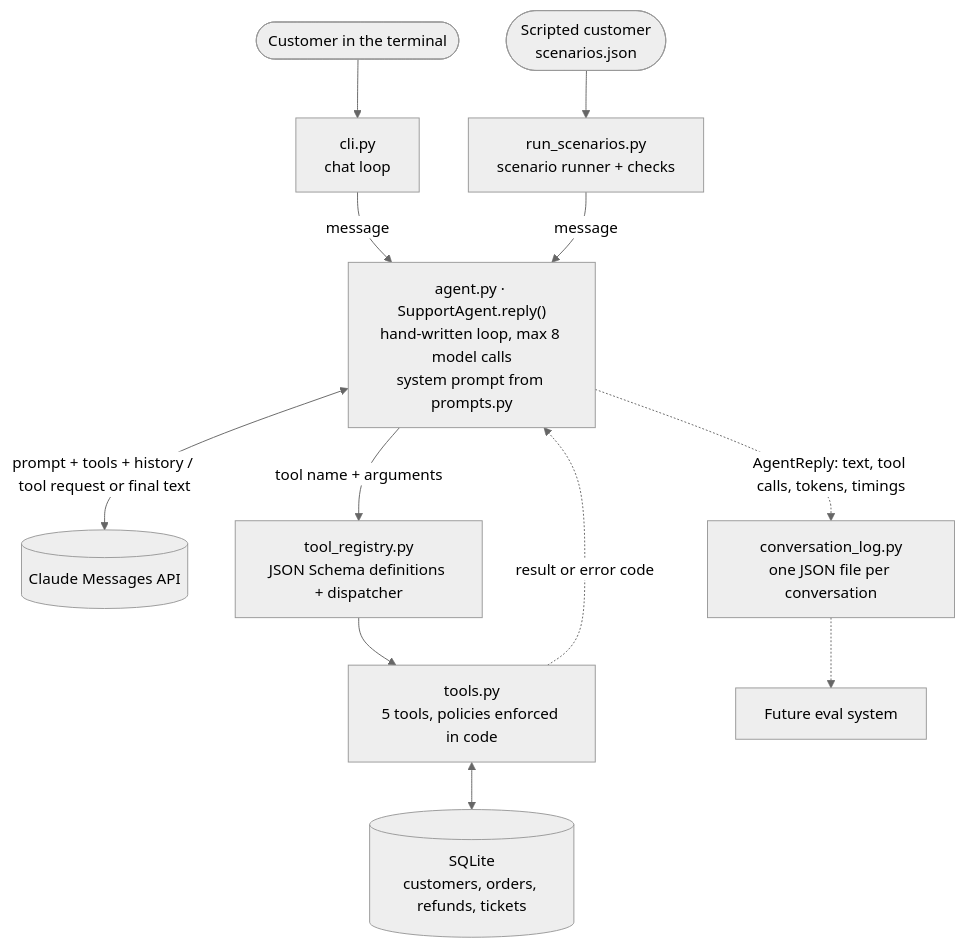
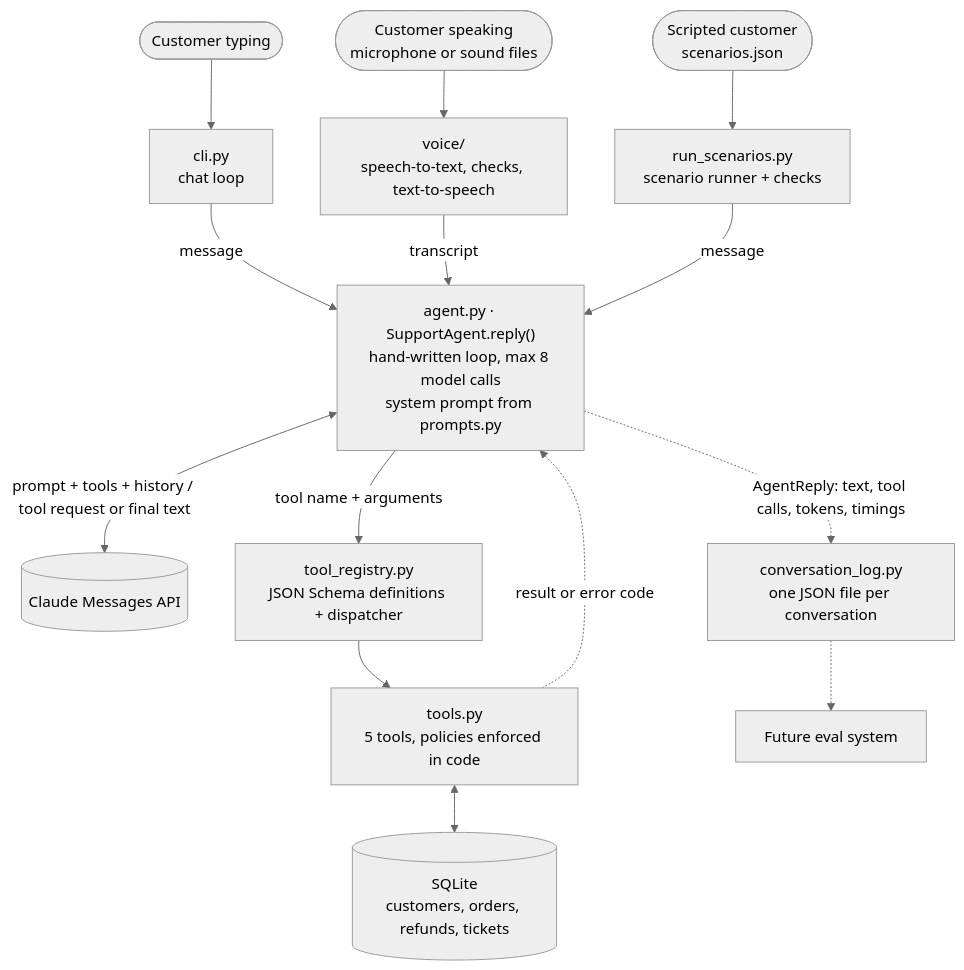
Before and after one commit to yuurakachi/multilingual-support-agent: the first of 3 diagrams in README.md, drawn with Mermaid (neutral theme). The commit also changed other lines of this file and 1 other file, not shown here.

First line of the commit message:
docs: final README for the voice channel

````diff
--- a/README.md
+++ b/README.md
@@ -32,26 +37,30 @@
 ```mermaid
 flowchart TD
-    customer(["Customer in the terminal"])
+    customer(["Customer typing"])
+    caller(["Customer speaking<br/>microphone or sound files"])
     scripted(["Scripted customer<br/>scenarios.json"])
     cli["cli.py<br/>chat loop"]
+    voice["voice/<br/>speech-to-text, checks, text-to-speech"]
     runner["run_scenarios.py<br/>scenario runner + checks"]
     agent["agent.py · SupportAgent.reply()<br/>hand-written loop, max 8 model calls<br/>system prompt from prompts.py"]
     api[("Claude Messages API")]
     registry["tool_registry.py<br/>JSON Schema definitions + dispatcher"]
     tools["tools.py<br/>5 tools, policies enforced in code"]
     db[("SQLite<br/>customers, orders, refunds, tickets")]
     log["conversation_log.py<br/>one JSON file per conversation"]
     evals["Future eval system"]
 
     customer --> cli
+    caller --> voice
     scripted --> runner
     cli -->|message| agent
+    voice -->|transcript| agent
     runner -->|message| agent
     agent <-->|"prompt + tools + history / tool request or final text"| api
     agent -->|tool name + arguments| registry
     registry --> tools
     tools <--> db
     tools -.->|result or error code| agent
     agent -.->|"AgentReply: text, tool calls, tokens, timings"| log
     log -.-> evals
 ```
````
